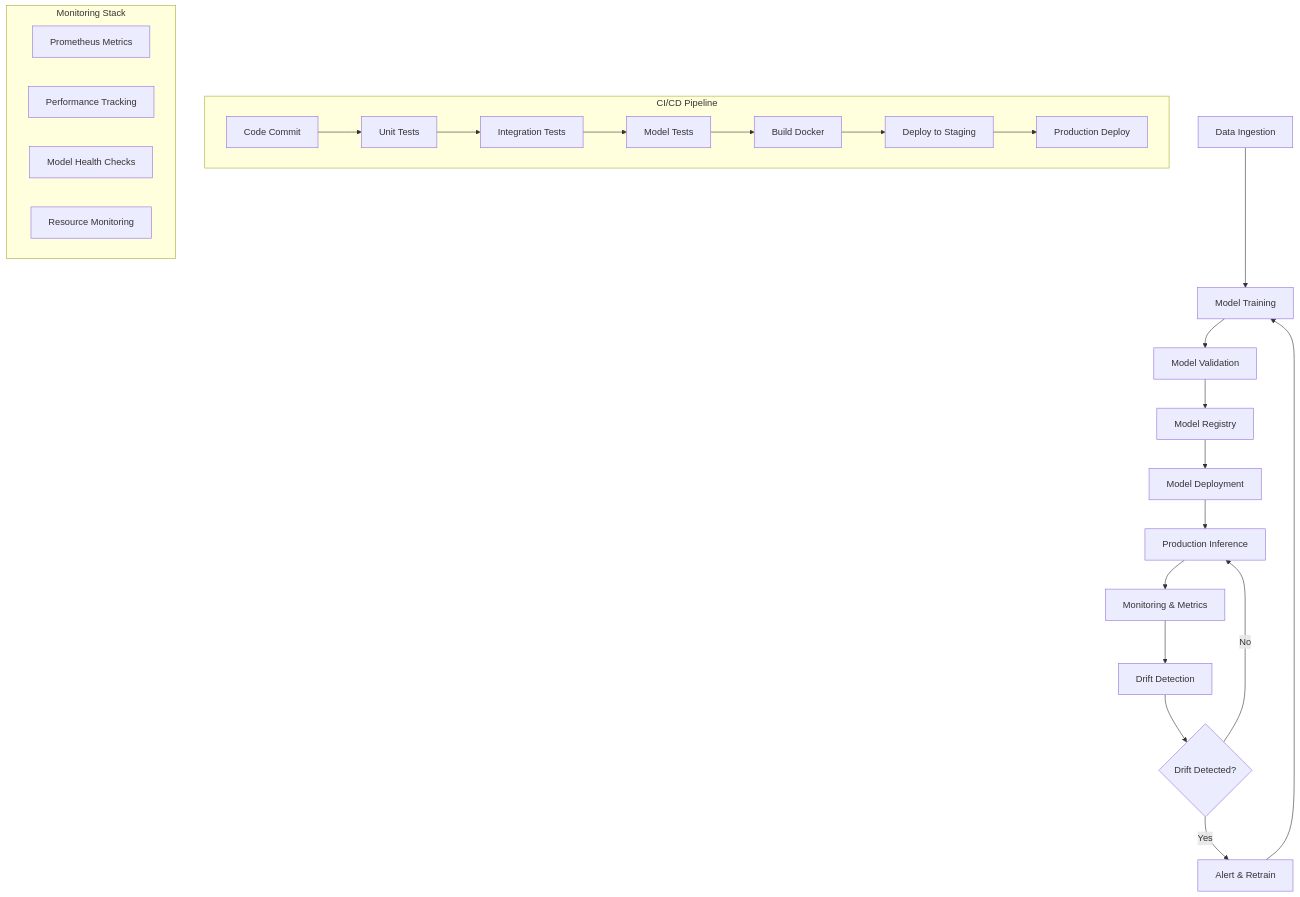
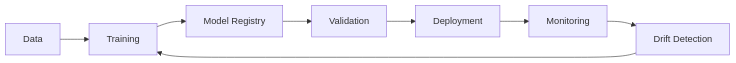
One commit to cynthiiaa/sentiment-analysis-mlops changed the diagram in README.md. Above: the diagram before and after it, drawn with Mermaid. The commit also changed other lines of this file and 1 other file, not shown here.

Commit message:
moved Dockerfile to docker/ directory

````diff
--- a/README.md
+++ b/README.md
@@ -75,30 +75,10 @@
 ```mermaid
-graph TB
-    A[Data Ingestion] --> B[Model Training]
-    B --> C[Model Validation]
-    C --> D[Model Registry]
-    D --> E[Model Deployment]
-    E --> F[Production Inference]
-    F --> G[Monitoring & Metrics]
-    G --> H[Drift Detection]
-    H --> I{Drift Detected?}
-    I -->|Yes| J[Alert & Retrain]
-    I -->|No| F
-    J --> B
-
-    subgraph "CI/CD Pipeline"
-        K[Code Commit] --> L[Unit Tests]
-        L --> M[Integration Tests]
-        M --> N[Model Tests]
-        N --> O[Build Docker]
-        O --> P[Deploy to Staging]
-        P --> Q[Production Deploy]
-    end
-
-    subgraph "Monitoring Stack"
-        R[Prometheus Metrics]
-        S[Performance Tracking]
-        T[Model Health Checks]
-        U[Resource Monitoring]
-    end
+graph LR
+    A[Data] --> B[Training]
+    B --> C[Model Registry]
+    C --> D[Validation]
+    D --> E[Deployment]
+    E --> F[Monitoring]
+    F --> G[Drift Detection]
+    G --> B
 ```
````
